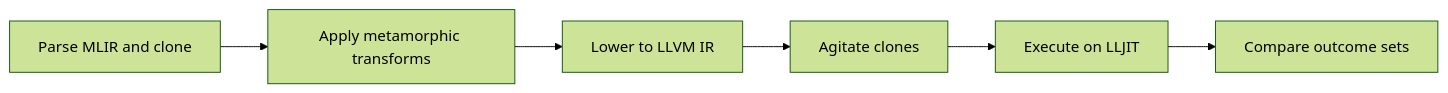
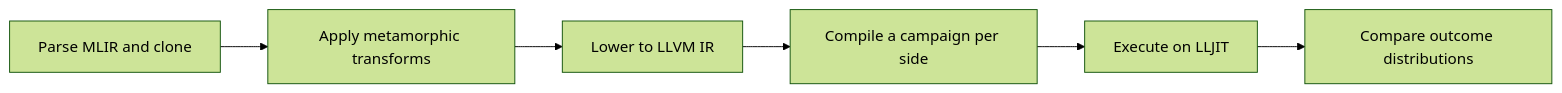
One commit to dakaidan/MLIR-MRacle changed the diagram in README.md. Above: the diagram before and after it, drawn with Mermaid (forest theme). The commit also changed other lines of this file and 27 other files, not shown here.

````diff
--- a/README.md
+++ b/README.md
@@ -57,8 +56,8 @@
 ```mermaid
 flowchart LR
     A[Parse MLIR and clone] --> B[Apply metamorphic transforms]
     B --> C[Lower to LLVM IR]
-    C --> D[Agitate clones]
+    C --> D[Compile a campaign per side]
     D --> E[Execute on LLJIT]
-    E --> F[Compare outcome sets]
+    E --> F[Compare outcome distributions]
 ```
````
